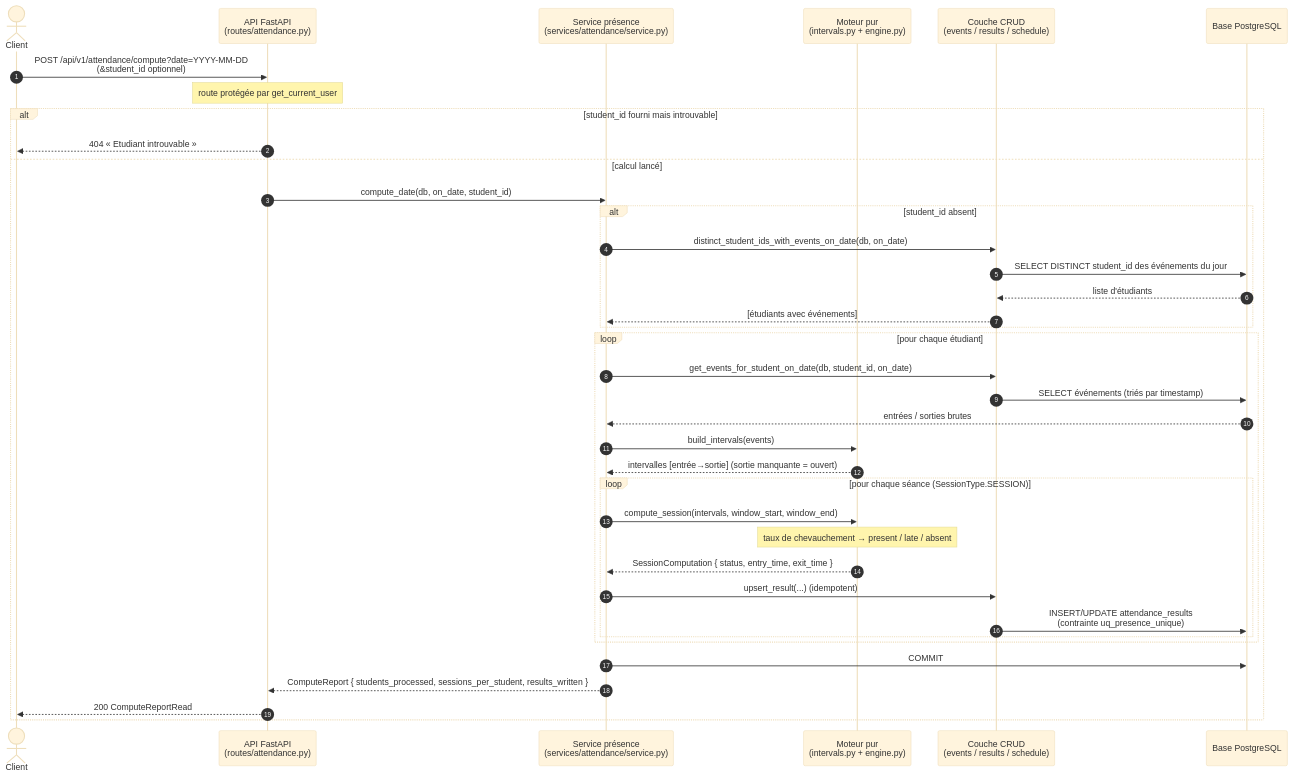
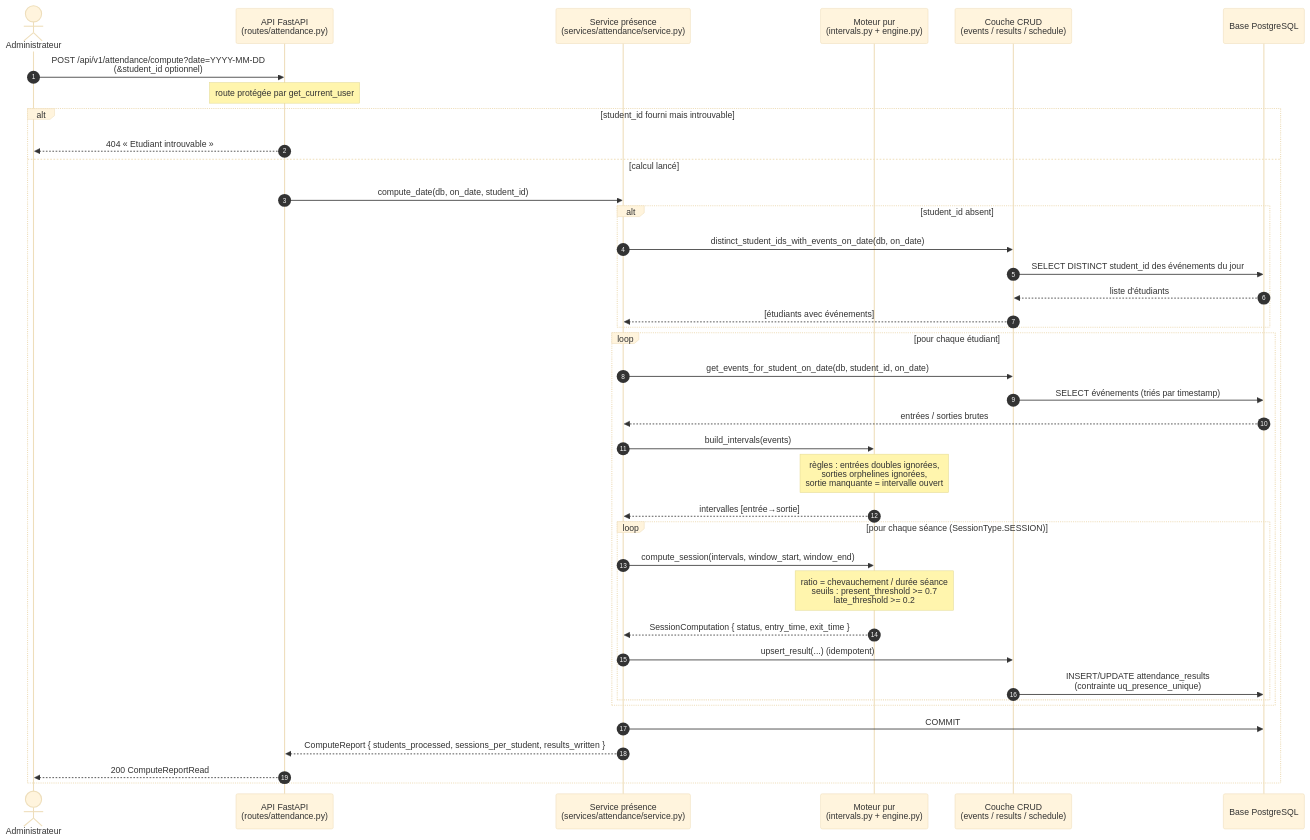
One commit to Ammar-El-Maghevry/pi-s4 changed the fourth of 10 diagrams in docs/diagrams/diagrammes_sequence.md. Above: the diagram before and after it, drawn with Mermaid (base theme). The commit also changed other lines of this file and 2 other files, not shown here.

First line of the commit message:
Update UML diagrams to reflect current project state

````diff
--- a/docs/diagrams/diagrammes_sequence.md
+++ b/docs/diagrams/diagrammes_sequence.md
@@ -94,46 +150,47 @@
 ```mermaid
 sequenceDiagram
     autonumber
-    actor Client
+    actor Client as Administrateur
     participant API as API FastAPI<br/>(routes/attendance.py)
     participant Svc as Service présence<br/>(services/attendance/service.py)
     participant Engine as Moteur pur<br/>(intervals.py + engine.py)
     participant CRUD as Couche CRUD<br/>(events / results / schedule)
     participant DB as Base PostgreSQL
 
     Client->>API: POST /api/v1/attendance/compute?date=YYYY-MM-DD<br/>(&student_id optionnel)
     Note over API: route protégée par get_current_user
 
     alt student_id fourni mais introuvable
         API-->>Client: 404 « Etudiant introuvable »
     else calcul lancé
         API->>Svc: compute_date(db, on_date, student_id)
 
         alt student_id absent
             Svc->>CRUD: distinct_student_ids_with_events_on_date(db, on_date)
             CRUD->>DB: SELECT DISTINCT student_id des événements du jour
             DB-->>CRUD: liste d'étudiants
             CRUD-->>Svc: [étudiants avec événements]
         end
 
         loop pour chaque étudiant
             Svc->>CRUD: get_events_for_student_on_date(db, student_id, on_date)
             CRUD->>DB: SELECT événements (triés par timestamp)
             DB-->>Svc: entrées / sorties brutes
             Svc->>Engine: build_intervals(events)
-            Engine-->>Svc: intervalles [entrée→sortie] (sortie manquante = ouvert)
+            Note over Engine: règles : entrées doubles ignorées,<br/>sorties orphelines ignorées,<br/>sortie manquante = intervalle ouvert
+            Engine-->>Svc: intervalles [entrée→sortie]
 
             loop pour chaque séance (SessionType.SESSION)
                 Svc->>Engine: compute_session(intervals, window_start, window_end)
-                Note over Engine: taux de chevauchement → present / late / absent
+                Note over Engine: ratio = chevauchement / durée séance<br/>seuils : present_threshold >= 0.7<br/>late_threshold >= 0.2
                 Engine-->>Svc: SessionComputation { status, entry_time, exit_time }
                 Svc->>CRUD: upsert_result(...) (idempotent)
                 CRUD->>DB: INSERT/UPDATE attendance_results<br/>(contrainte uq_presence_unique)
             end
         end
 
         Svc->>DB: COMMIT
         Svc-->>API: ComputeReport { students_processed, sessions_per_student, results_written }
         API-->>Client: 200 ComputeReportRead
     end
 ```
````
